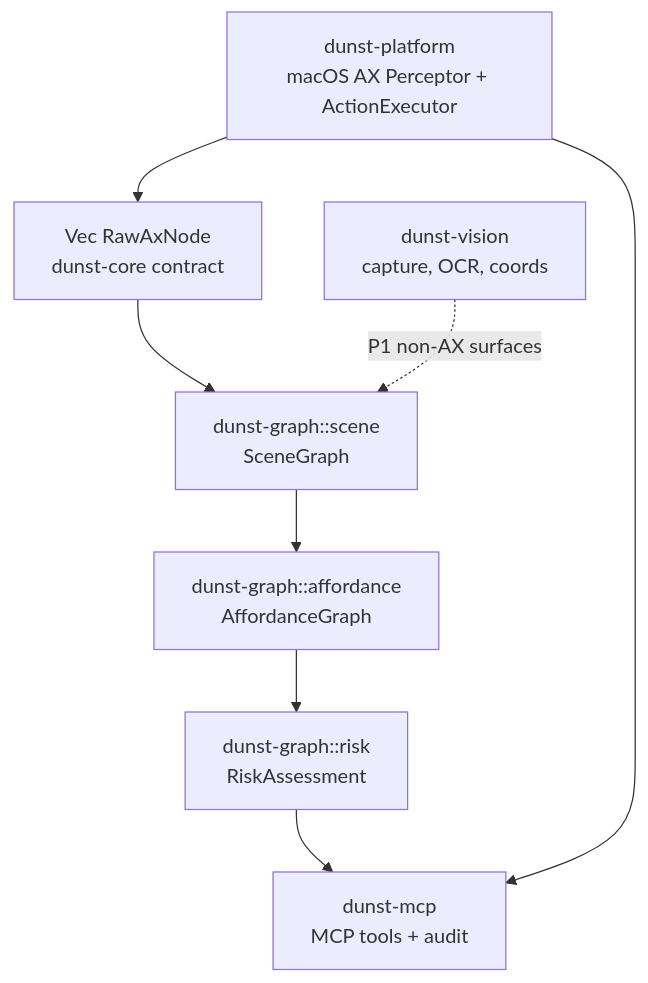
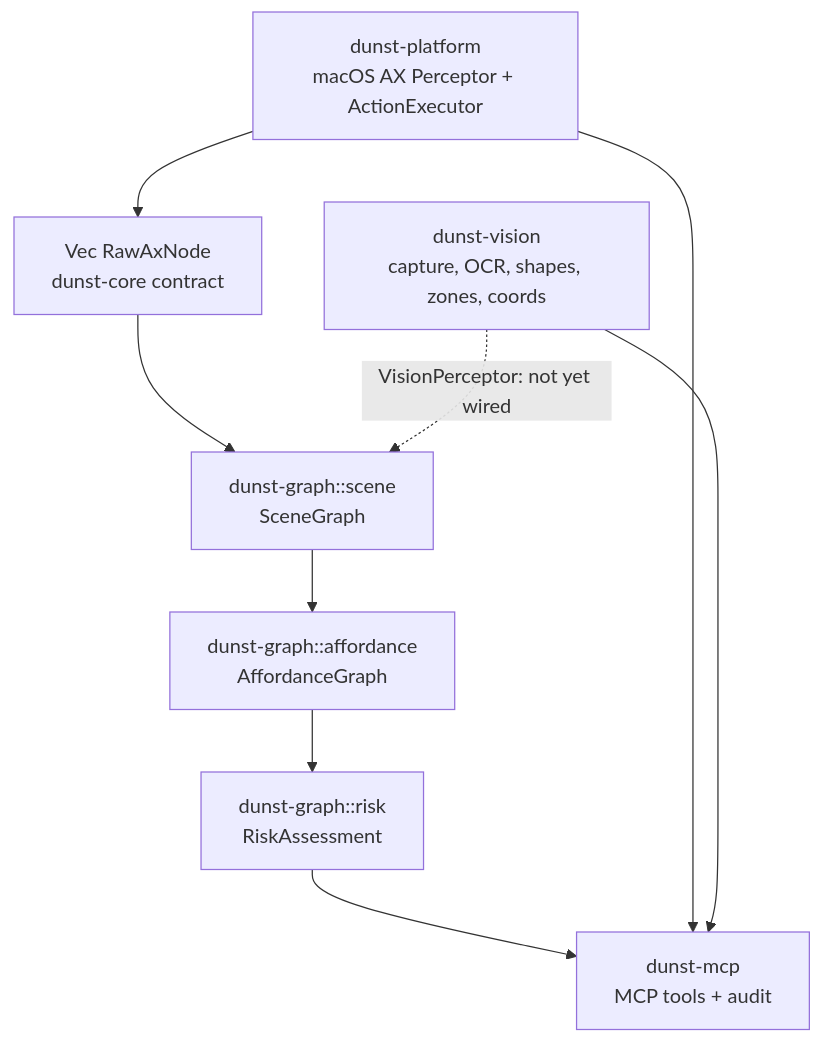
The diagram in docs/ARCHITECTURE.md (azerozero/dunst), drawn with Mermaid before and after one commit. The commit also changed other lines of this file and 55 other files, not shown here.

````diff
--- a/docs/ARCHITECTURE.md
+++ b/docs/ARCHITECTURE.md
@@ -16,14 +19,15 @@
 ```mermaid
 flowchart TD
     Platform[dunst-platform<br/>macOS AX Perceptor + ActionExecutor]
     Raw[Vec RawAxNode<br/>dunst-core contract]
     Scene[dunst-graph::scene<br/>SceneGraph]
     Affordance[dunst-graph::affordance<br/>AffordanceGraph]
     Risk[dunst-graph::risk<br/>RiskAssessment]
     MCP[dunst-mcp<br/>MCP tools + audit]
-    Vision[dunst-vision<br/>capture, OCR, coords]
+    Vision[dunst-vision<br/>capture, OCR, shapes, zones, coords]
 
     Platform --> Raw --> Scene --> Affordance --> Risk --> MCP
     Platform --> MCP
-    Vision -. P1 non-AX surfaces .-> Scene
+    Vision --> MCP
+    Vision -. VisionPerceptor: not yet wired .-> Scene
 ```
````
